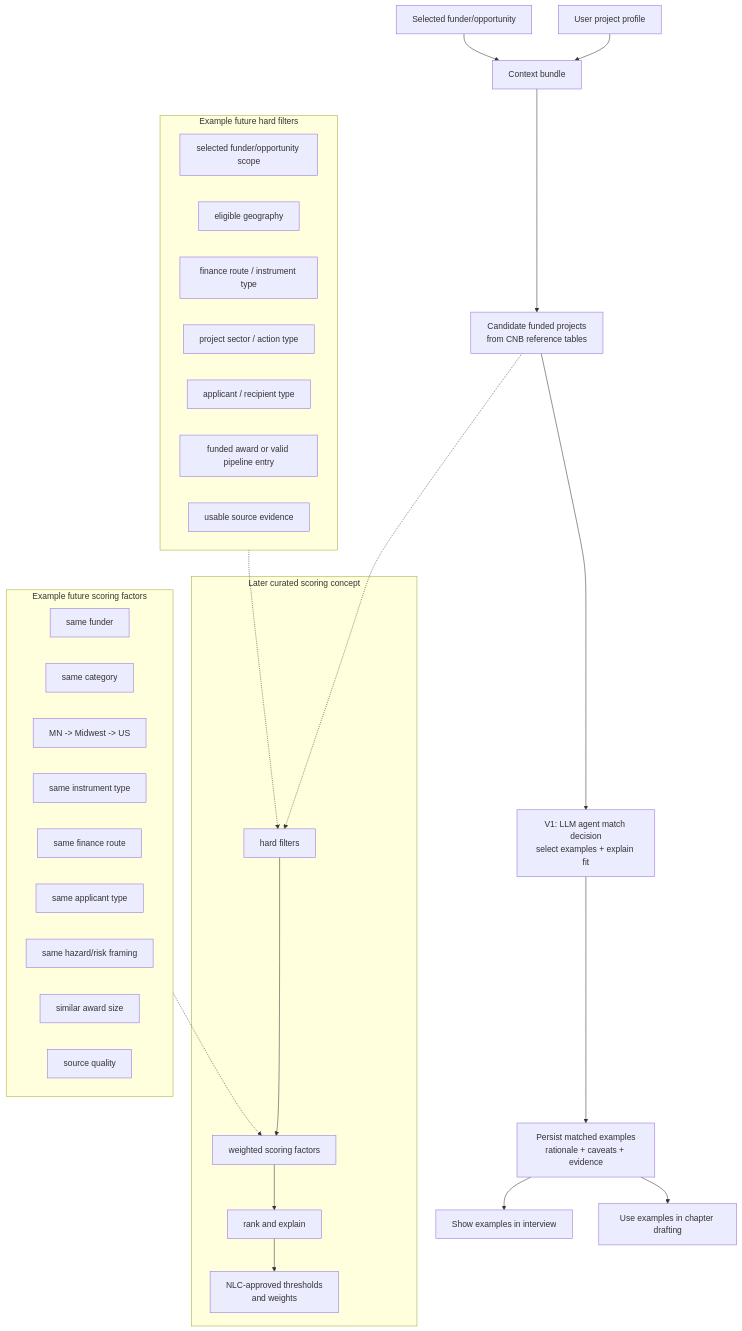
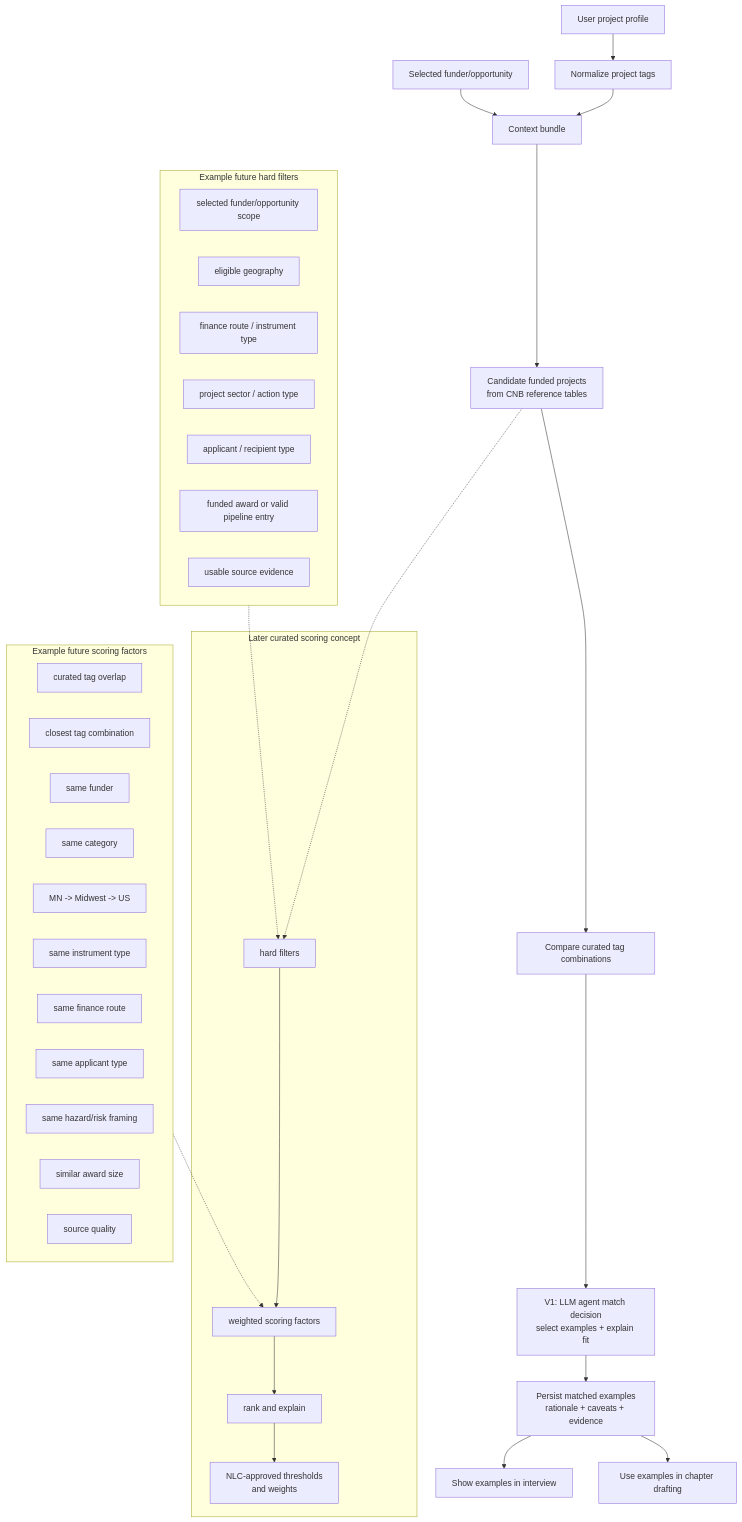
One commit to Open-Earth-Foundation/CityCatalyst changed the eighth of 13 diagrams in docs/ConceptNoteBuilderArchitecture.md. Above: the diagram before and after it, drawn with Mermaid. The commit also changed other lines of this file, not shown here.

Commit message:
docs: add tag-based project matching option

````diff
--- a/docs/ConceptNoteBuilderArchitecture.md
+++ b/docs/ConceptNoteBuilderArchitecture.md
@@ -632,44 +639,48 @@
 ```mermaid
 flowchart TB
-    Project["User project profile"] --> Bundle["Context bundle"]
+    Project["User project profile"] --> Tags["Normalize project tags"]
+    Tags --> Bundle["Context bundle"]
     Funder["Selected funder/opportunity"] --> Bundle
     Bundle --> CandidateSet["Candidate funded projects<br/>from CNB reference tables"]
-    CandidateSet --> AgentDecision["V1: LLM agent match decision<br/>select examples + explain fit"]
+    CandidateSet --> TagCompare["Compare curated tag combinations"]
+    TagCompare --> AgentDecision["V1: LLM agent match decision<br/>select examples + explain fit"]
     AgentDecision --> StoreMatch["Persist matched examples<br/>rationale + caveats + evidence"]
     StoreMatch --> UI["Show examples in interview"]
     StoreMatch --> Draft["Use examples in chapter drafting"]
 
     CandidateSet -.-> FutureFilters
 
     subgraph FutureScoring["Later curated scoring concept"]
         FutureFilters["hard filters"]
         FutureFilters --> Score["weighted scoring factors"]
         Score --> Rank["rank and explain"]
         Rank --> Calibration["NLC-approved thresholds<br/>and weights"]
     end
 
     subgraph FilterExamples["Example future hard filters"]
         ProgramGate["selected funder/opportunity scope"]
         GeographyGate["eligible geography"]
         InstrumentGate["finance route / instrument type"]
         CategoryGate["project sector / action type"]
         ApplicantGate["applicant / recipient type"]
         StatusGate["funded award or valid pipeline entry"]
         EvidenceGate["usable source evidence"]
     end
 
     subgraph FactorExamples["Example future scoring factors"]
+        TagOverlap["curated tag overlap"]
+        TagCombo["closest tag combination"]
         SameFunder["same funder"]
         Category["same category"]
         Region["MN -> Midwest -> US"]
         Instrument["same instrument type"]
         Route["same finance route"]
         Applicant["same applicant type"]
         Hazards["same hazard/risk framing"]
         AwardSize["similar award size"]
         Evidence["source quality"]
     end
 
     FilterExamples -.-> FutureFilters
     FactorExamples -.-> Score
 ```
````
